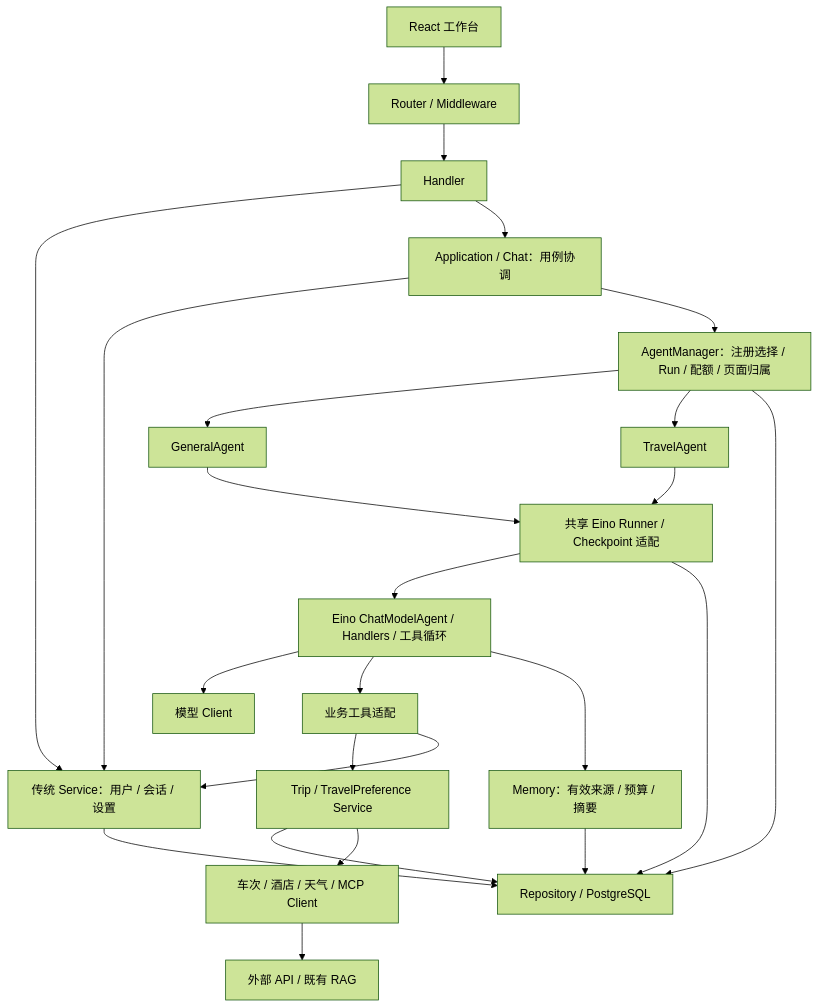
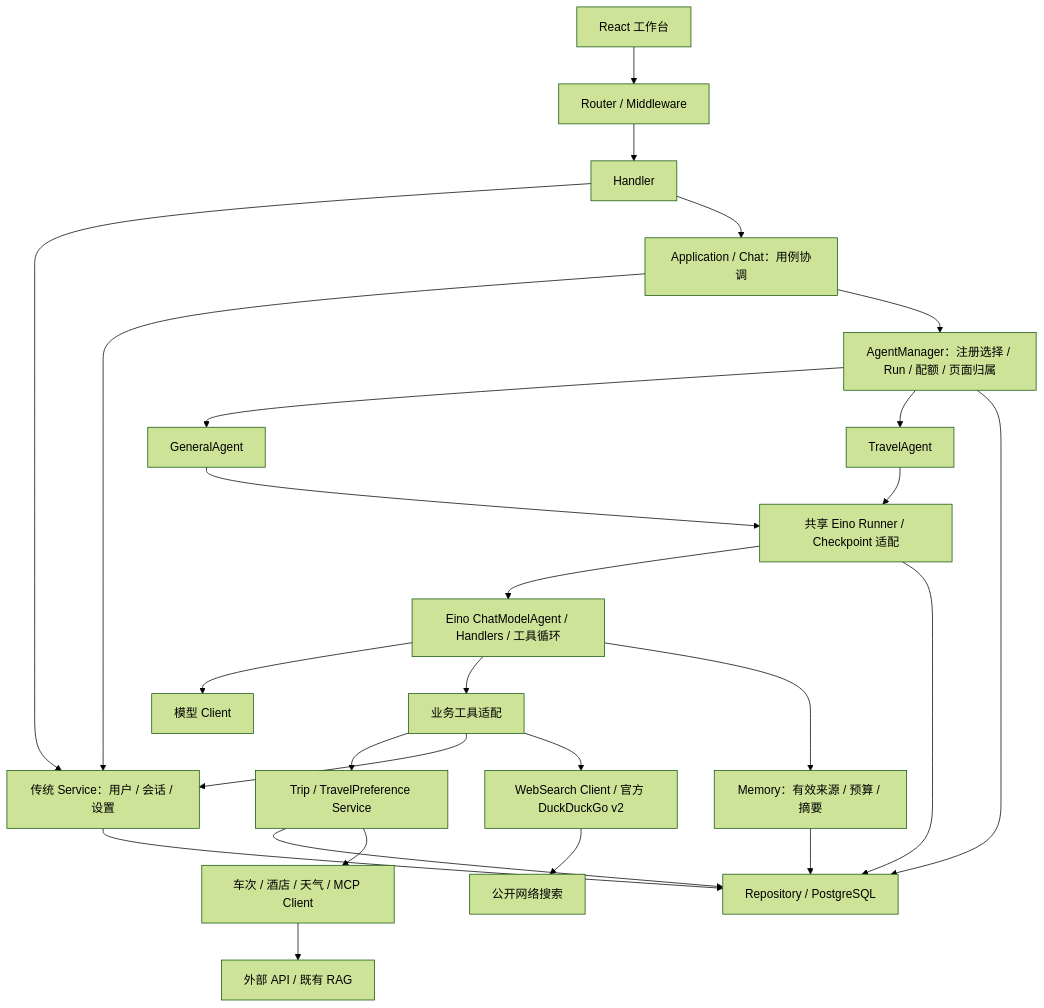
Before and after one commit to yzy703050-oss/-agent-platform: the diagram in README.md, drawn with Mermaid (forest theme). The commit also changed other lines of this file and 13 other files, not shown here.

````diff
--- a/README.md
+++ b/README.md
@@ -43,26 +43,28 @@
 ```mermaid
 flowchart TD
     UI[React 工作台] --> HTTP[Router / Middleware]
     HTTP --> H[Handler]
     H --> S[传统 Service：用户 / 会话 / 设置]
     H --> APP[Application / Chat：用例协调]
     APP --> S
     APP --> M[AgentManager：注册选择 / Run / 配额 / 页面归属]
     M --> G[GeneralAgent]
     M --> T[TravelAgent]
     G --> E[共享 Eino Runner / Checkpoint 适配]
     T --> E
     E --> K[Eino ChatModelAgent / Handlers / 工具循环]
     K --> L[模型 Client]
     K --> TOOLS[业务工具适配]
     K --> MEM[Memory：有效来源 / 预算 / 摘要]
     TOOLS --> TS[Trip / TravelPreference Service]
     TOOLS --> S
+    TOOLS --> WS[WebSearch Client / 官方 DuckDuckGo v2]
+    WS --> WEB[公开网络搜索]
     TS --> R[Repository / PostgreSQL]
     S --> R
     M --> R
     E --> R
     MEM --> R
     TS --> C[车次 / 酒店 / 天气 / MCP Client]
     C --> EXT[外部 API / 既有 RAG]
 ```
````
